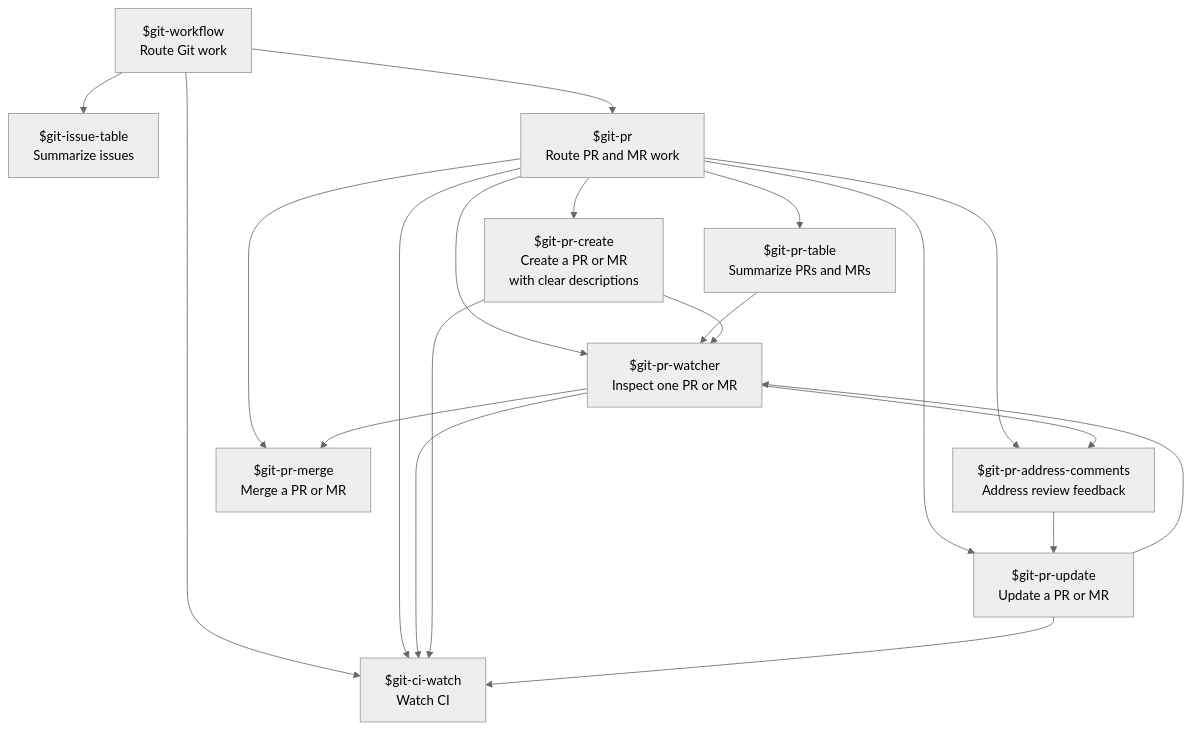
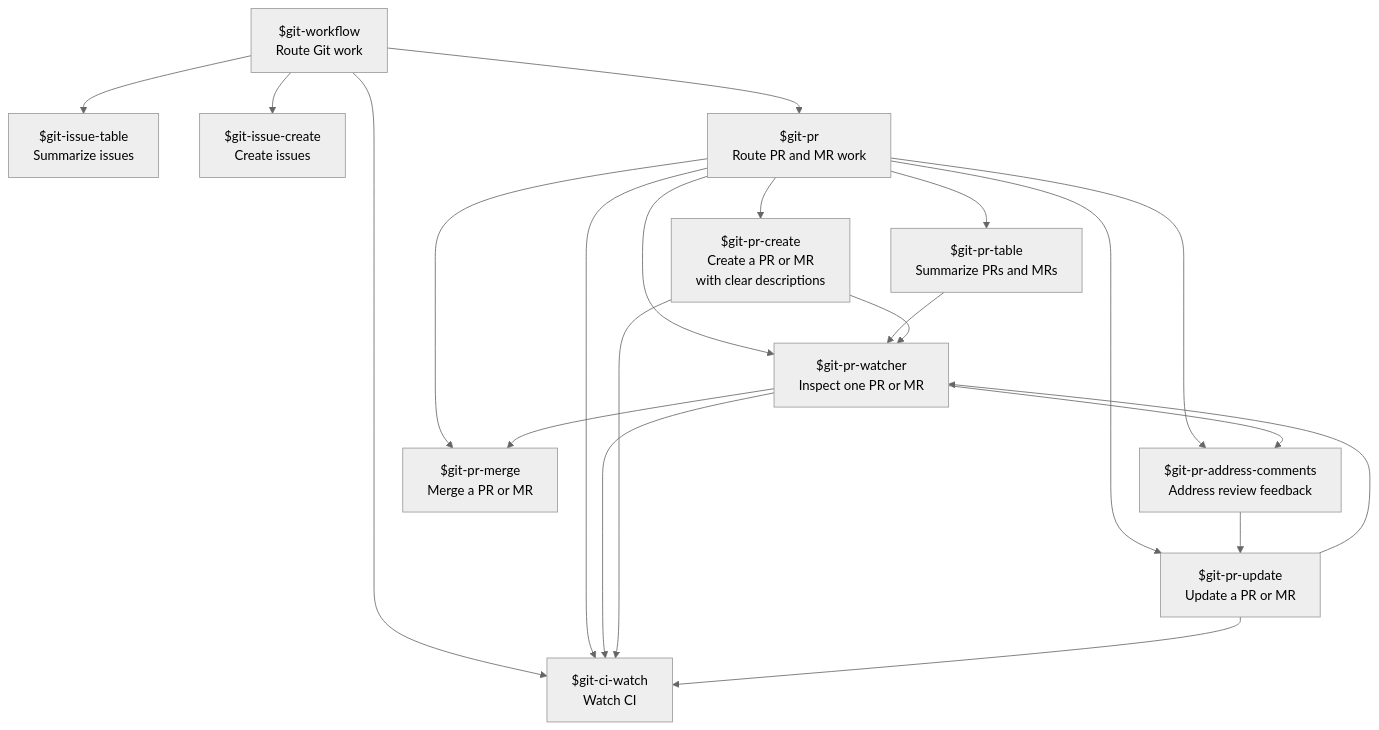
Before and after one commit to jeeftor/gitSkills: the diagram in agent-matrix.md, drawn with Mermaid (neutral theme). The commit also changed 8 other files, not shown here.

Commit message:
Add git issue create skill (#16)

````diff
--- a/agent-matrix.md
+++ b/agent-matrix.md
@@ -3,33 +3,35 @@
 ```mermaid
 flowchart TD
     WORKFLOW["$git-workflow<br/>Route Git work"]
     ISSUE_TABLE["$git-issue-table<br/>Summarize issues"]
+    ISSUE_CREATE["$git-issue-create<br/>Create issues"]
     PR["$git-pr<br/>Route PR and MR work"]
     PR_TABLE["$git-pr-table<br/>Summarize PRs and MRs"]
     PR_WATCHER["$git-pr-watcher<br/>Inspect one PR or MR"]
     PR_ADDRESS["$git-pr-address-comments<br/>Address review feedback"]
     CI_WATCH["$git-ci-watch<br/>Watch CI"]
     PR_CREATE["$git-pr-create<br/>Create a PR or MR<br/>with clear descriptions"]
     PR_UPDATE["$git-pr-update<br/>Update a PR or MR"]
     PR_MERGE["$git-pr-merge<br/>Merge a PR or MR"]
 
     WORKFLOW --> ISSUE_TABLE
+    WORKFLOW --> ISSUE_CREATE
     WORKFLOW --> PR
     WORKFLOW --> CI_WATCH
     PR --> PR_TABLE
     PR --> PR_WATCHER
     PR --> PR_ADDRESS
     PR --> CI_WATCH
     PR --> PR_CREATE
     PR --> PR_UPDATE
     PR --> PR_MERGE
     PR_TABLE --> PR_WATCHER
     PR_WATCHER --> CI_WATCH
     PR_WATCHER --> PR_ADDRESS
     PR_ADDRESS --> PR_UPDATE
     PR_CREATE --> PR_WATCHER
     PR_CREATE --> CI_WATCH
     PR_UPDATE --> CI_WATCH
     PR_UPDATE --> PR_WATCHER
     PR_WATCHER --> PR_MERGE
 ```
````
